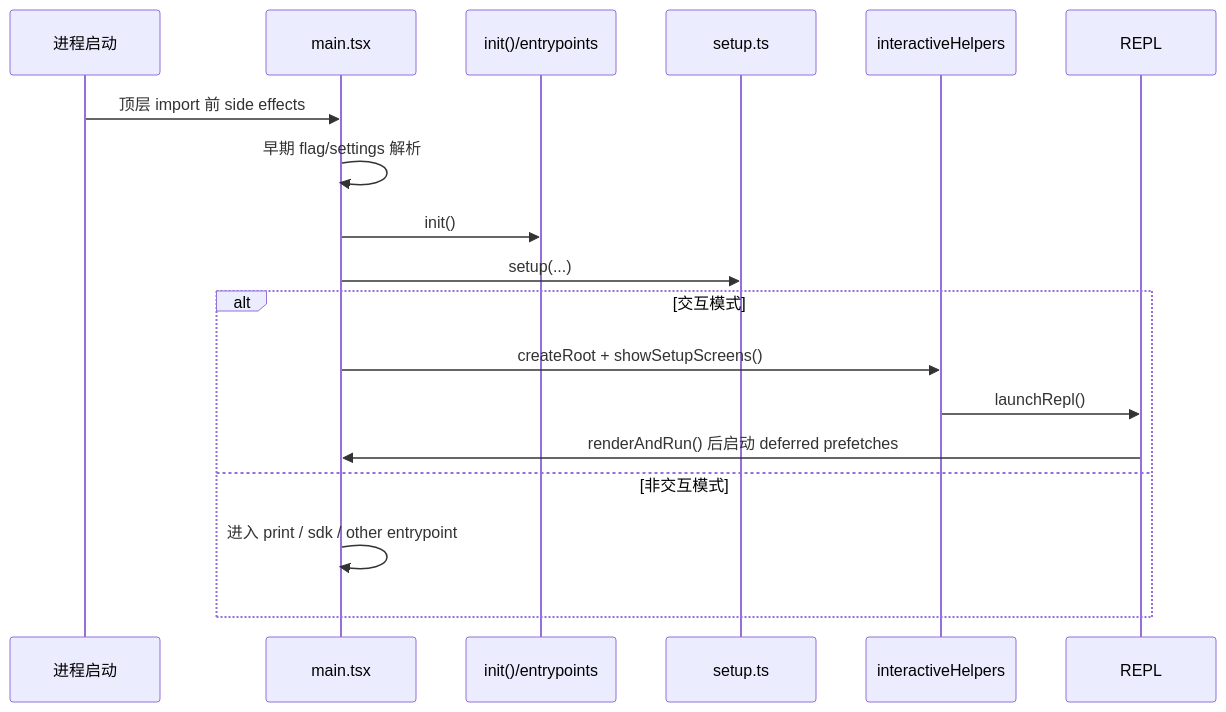
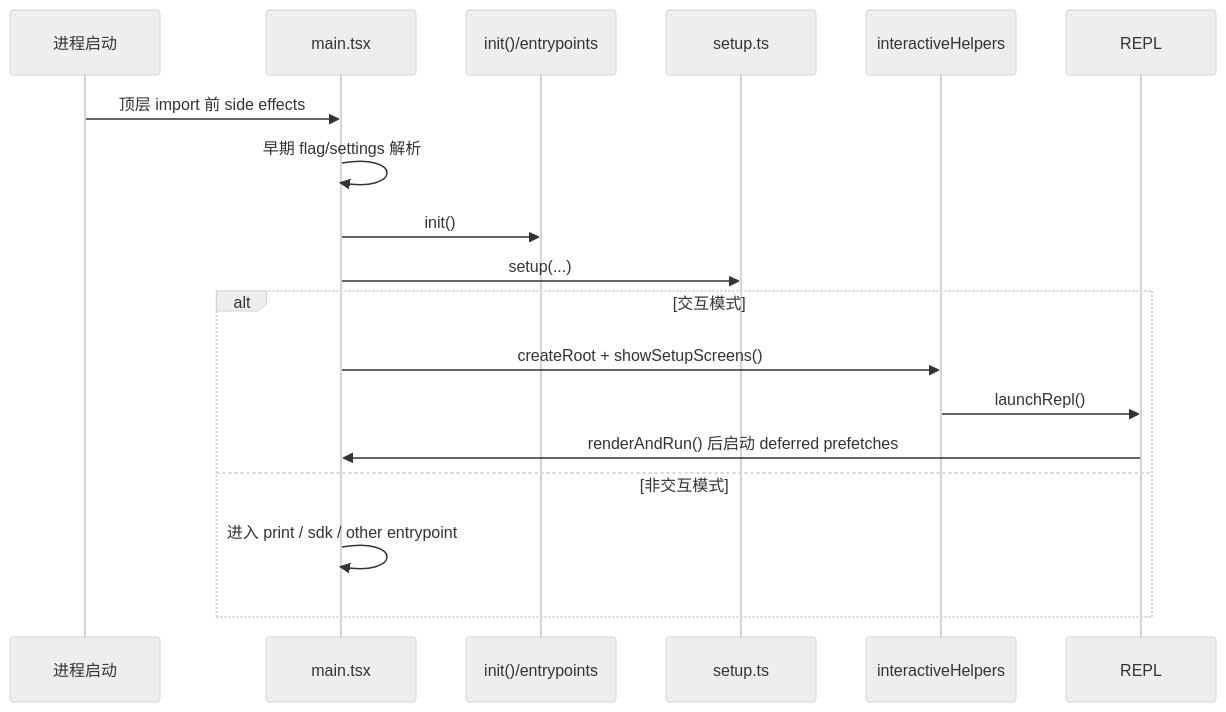
Before and after one commit to feuyeux/hello-claude-code: the diagram in deep_dive_cx/02-startup-flow.md, drawn with Mermaid. The commit also changed 27 other files, not shown here.

````diff
--- a/deep_dive_cx/02-startup-flow.md
+++ b/deep_dive_cx/02-startup-flow.md
@@ -7,21 +7,25 @@
 ```mermaid
+---
+config:
+  theme: 'neutral'
+---
 sequenceDiagram
     participant P as 进程启动
     participant M as main.tsx
     participant I as init()/entrypoints
     participant S as setup.ts
     participant H as interactiveHelpers
     participant R as REPL
 
     P->>M: 顶层 import 前 side effects
     M->>M: 早期 flag/settings 解析
     M->>I: init()
     M->>S: setup(...)
     alt 交互模式
         M->>H: createRoot + showSetupScreens()
         H->>R: launchRepl()
         R->>M: renderAndRun() 后启动 deferred prefetches
     else 非交互模式
         M->>M: 进入 print / sdk / other entrypoint
     end
 ```
````
